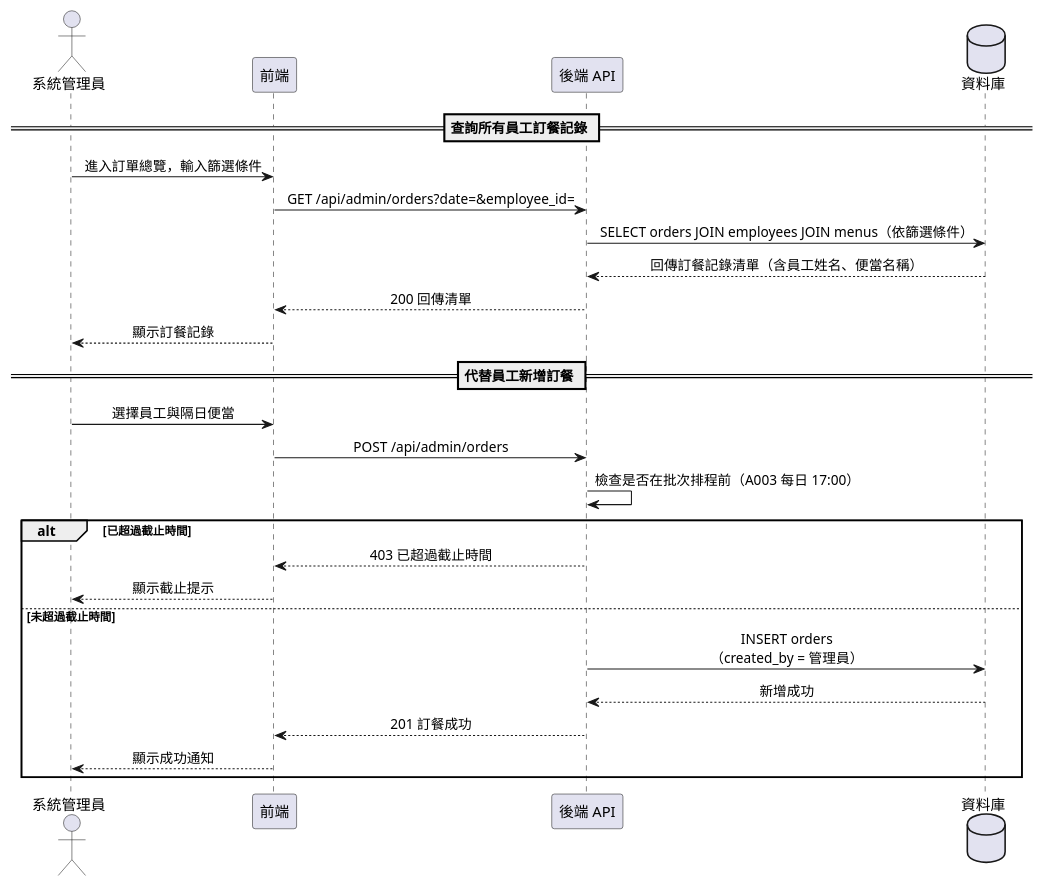
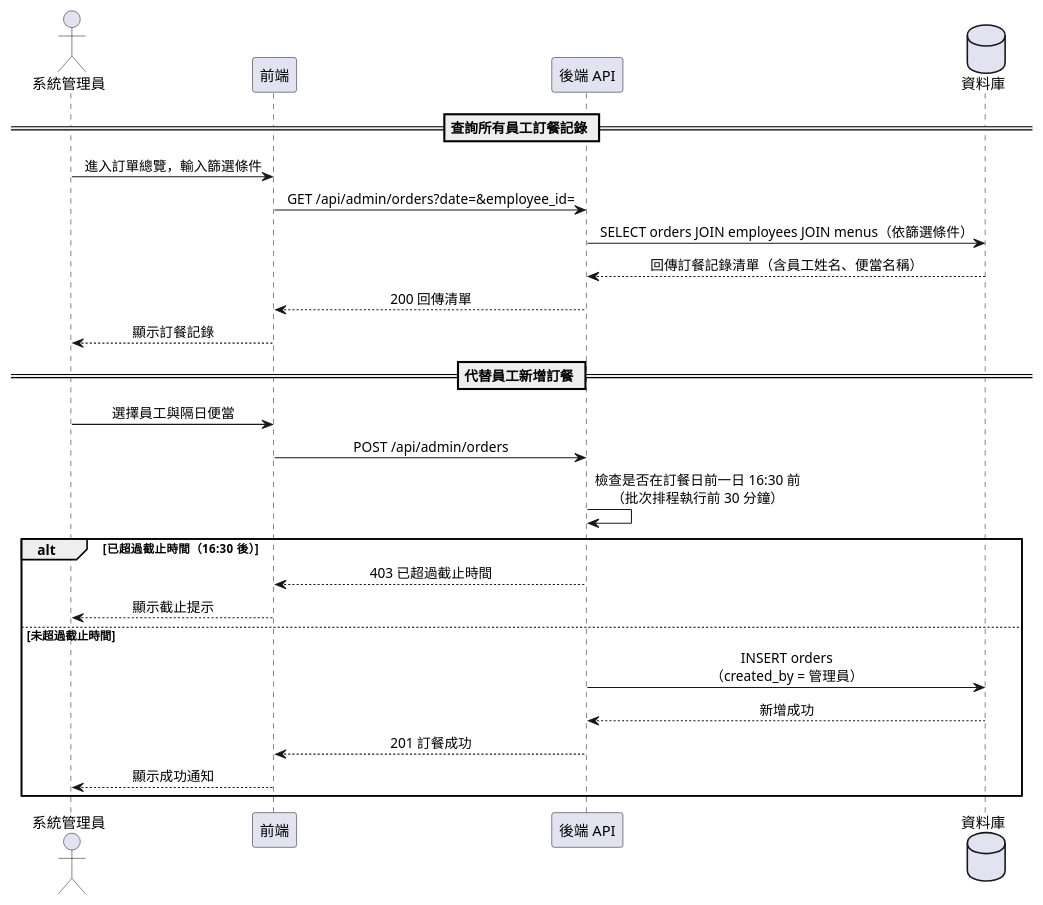
The diagram in output/A006/A006-sequence.puml (teyhawzhe/bento-uml), drawn with PlantUML before and after one commit. The commit also changed 2 other files, not shown here.

```diff
--- a/output/A006/A006-sequence.puml
+++ b/output/A006/A006-sequence.puml
@@ -1,30 +1,30 @@
 @startuml A006-sequence
 skinparam sequenceMessageAlign center
 
 actor "系統管理員" as Admin
 participant "前端" as Frontend
 participant "後端 API" as API
 database "資料庫" as DB
 
 == 查詢所有員工訂餐記錄 ==
 Admin -> Frontend : 進入訂單總覽，輸入篩選條件
 Frontend -> API : GET /api/admin/orders?date=&employee_id=
 API -> DB : SELECT orders JOIN employees JOIN menus（依篩選條件）
 DB --> API : 回傳訂餐記錄清單（含員工姓名、便當名稱）
 API --> Frontend : 200 回傳清單
 Frontend --> Admin : 顯示訂餐記錄
 
 == 代替員工新增訂餐 ==
 Admin -> Frontend : 選擇員工與隔日便當
 Frontend -> API : POST /api/admin/orders
-API -> API : 檢查是否在批次排程前（A003 每日 17:00）
-alt 已超過截止時間
+API -> API : 檢查是否在訂餐日前一日 16:30 前\n（批次排程執行前 30 分鐘）
+alt 已超過截止時間（16:30 後）
     API --> Frontend : 403 已超過截止時間
     Frontend --> Admin : 顯示截止提示
 else 未超過截止時間
     API -> DB : INSERT orders\n（created_by = 管理員）
     DB --> API : 新增成功
     API --> Frontend : 201 訂餐成功
     Frontend --> Admin : 顯示成功通知
 end
 @enduml
```
